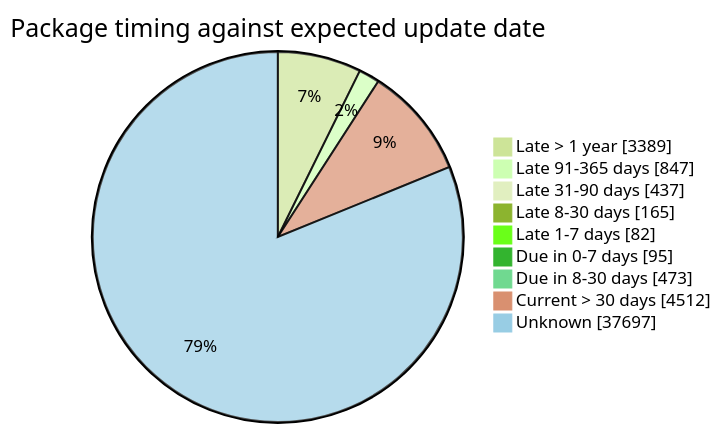
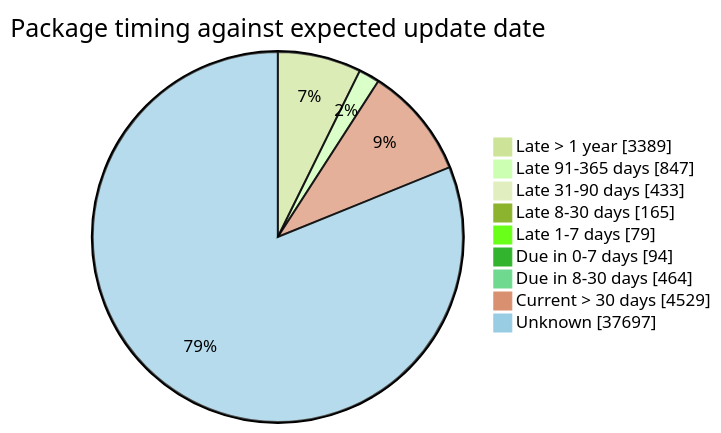
Before and after one commit to open-data/analytics-corporate-reporting: the fourth of 5 diagrams in FreshCheck/README.md, drawn with Mermaid (forest theme). The commit also changed other lines of this file and 3 other files, not shown here.

````diff
--- a/FreshCheck/README.md
+++ b/FreshCheck/README.md
@@ -86,12 +86,12 @@
 ```mermaid
 pie showData title Package timing against expected update date
     "Late > 1 year": 3389
     "Late 91-365 days": 847
-    "Late 31-90 days": 437
+    "Late 31-90 days": 433
     "Late 8-30 days": 165
-    "Late 1-7 days": 82
-    "Due in 0-7 days": 95
-    "Due in 8-30 days": 473
-    "Current > 30 days": 4512
+    "Late 1-7 days": 79
+    "Due in 0-7 days": 94
+    "Due in 8-30 days": 464
+    "Current > 30 days": 4529
     "Unknown": 37697
 ```
````
